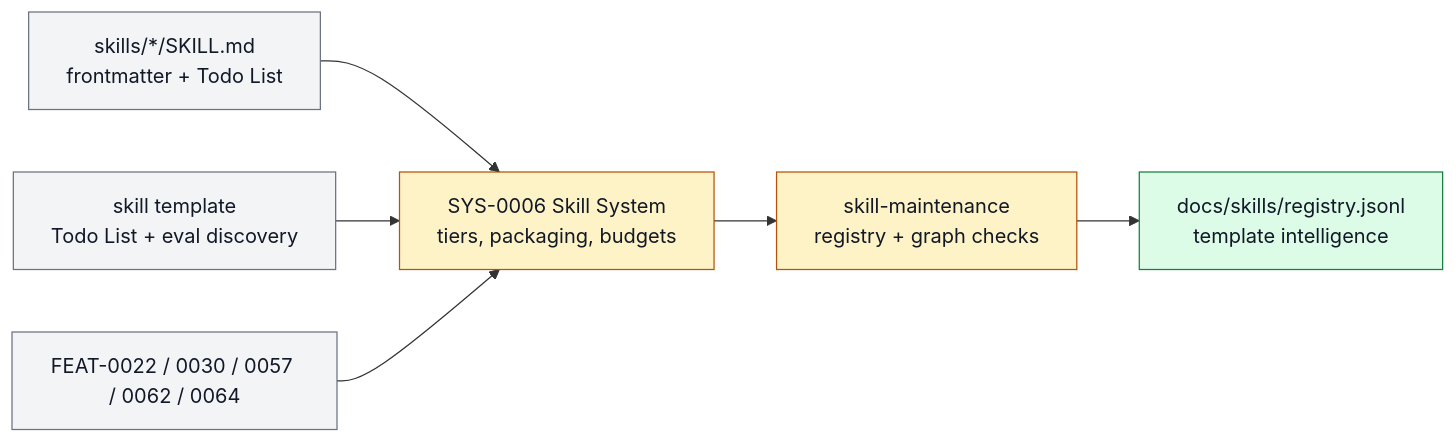
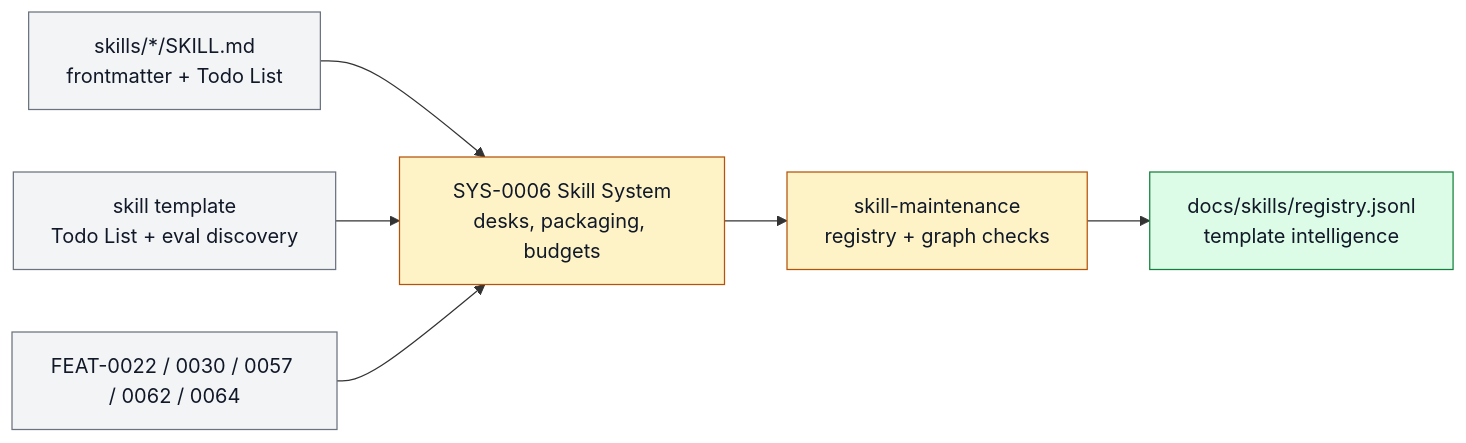
Before and after one commit to ZanarkandTechnologies/Farplane: the diagram in docs/systems/skill-system.md, drawn with Mermaid. The commit also changed other lines of this file and 194 other files, not shown here.

First line of the commit message:
refactor(skills): retire skill tiers for the Capability Map's specialist desks

````diff
--- a/docs/systems/skill-system.md
+++ b/docs/systems/skill-system.md
@@ -100,19 +101,19 @@
 ```mermaid
 flowchart LR
   classDef keep fill:#f3f4f6,stroke:#6b7280,color:#111827
   classDef changed fill:#fef3c7,stroke:#b45309,color:#111827
   classDef added fill:#dcfce7,stroke:#15803d,color:#111827
   classDef retired fill:#fee2e2,stroke:#b91c1c,color:#7f1d1d,stroke-dasharray: 5 3
 
   skill["skills/*/SKILL.md<br/>frontmatter + Todo List"]:::keep
   templates["skill template<br/>Todo List + eval discovery"]:::keep
-  system["SYS-0006 Skill System<br/>tiers, packaging, budgets"]:::changed
+  system["SYS-0006 Skill System<br/>desks, packaging, budgets"]:::changed
   maintenance["skill-maintenance<br/>registry + graph checks"]:::changed
   registry["docs/skills/registry.jsonl<br/>template intelligence"]:::added
   features["FEAT-0022 / 0030 / 0057 / 0062 / 0064"]:::keep
 
   skill --> system
   templates --> system
   features --> system
   system --> maintenance --> registry
 ```
````
